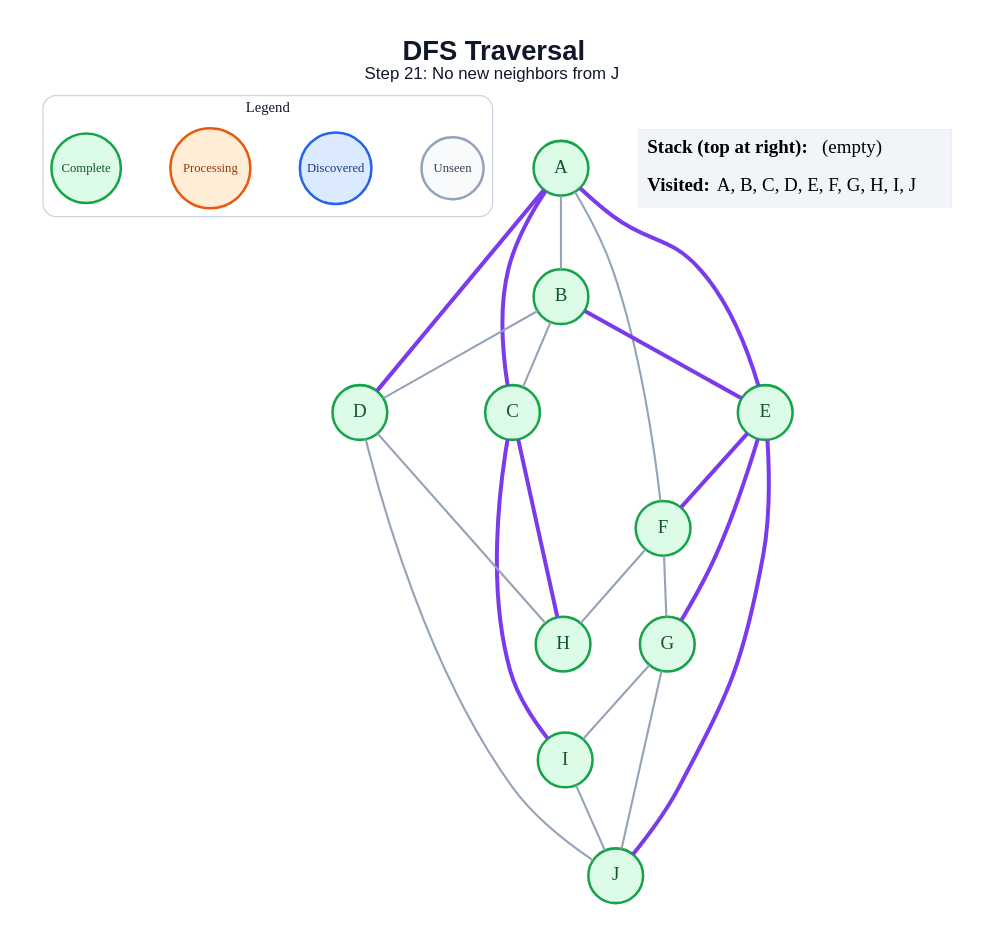
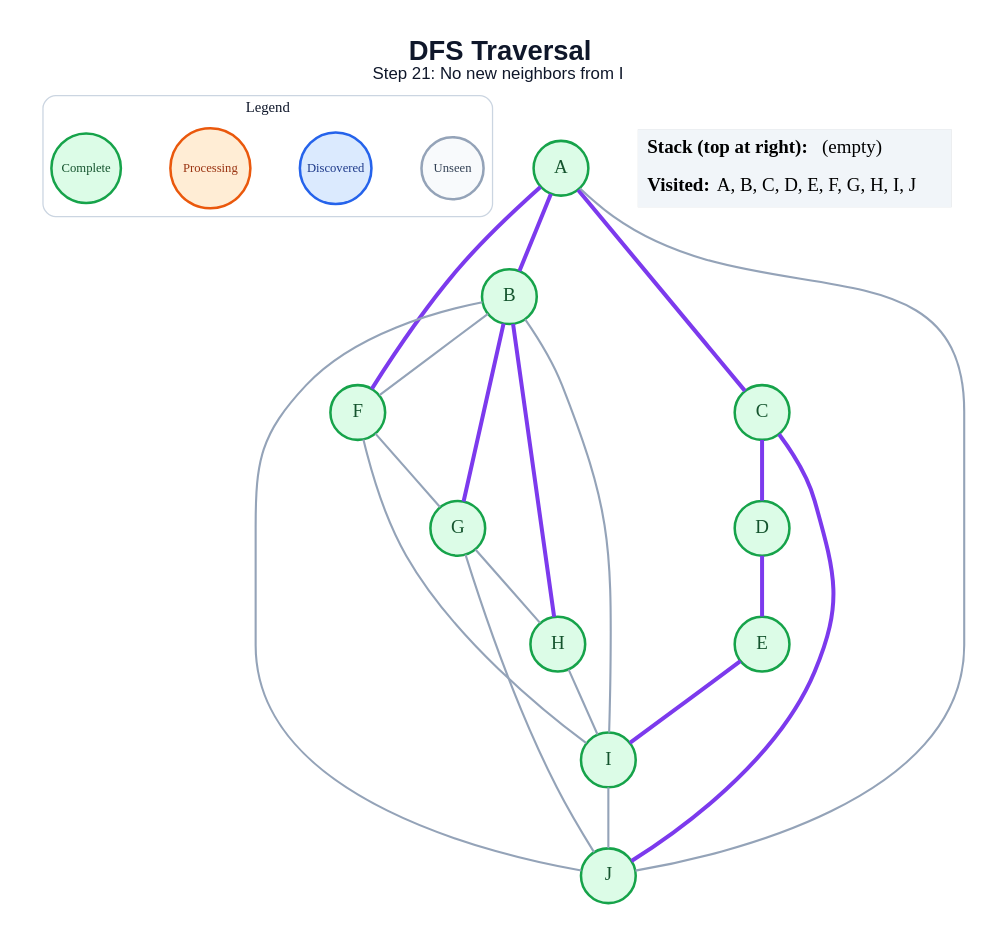
Before and after one commit to amanghodawala9/ai-slop: the diagram in generated/specific-node/dfs/step_21.dot, drawn with Graphviz. The commit also changed 178 other files, not shown here.

```diff
--- a/generated/specific-node/dfs/step_21.dot
+++ b/generated/specific-node/dfs/step_21.dot
@@ -1,49 +1,48 @@
 graph traversal {
   graph [layout=dot, rankdir=TB, bgcolor="#FFFFFF", pad="0.35", nodesep="0.65", ranksep="0.8", fontname="Arial"];
   node [shape=circle, style="filled", fontname="Arial Bold", fontsize=18, width=0.72, fixedsize=true, penwidth=2.4];
   edge [color="#94A3B8", penwidth=2.0];
-  label=<<B>DFS Traversal</B><BR/><FONT POINT-SIZE="16">Step 21: No new neighbors from J</FONT>>; labelloc="t"; fontsize=26; fontname="Arial"; fontcolor="#0F172A";
+  label=<<B>DFS Traversal</B><BR/><FONT POINT-SIZE="16">Step 21: No new neighbors from I</FONT>>; labelloc="t"; fontsize=26; fontname="Arial"; fontcolor="#0F172A";
   subgraph cluster_legend { label="Legend"; color="#CBD5E1"; penwidth=1.2; style="rounded"; fontsize=14; fontname="Arial Bold";
     key_unseen [label="Unseen", fillcolor="#F8FAFC", color="#94A3B8", fontcolor="#334155", fontsize=12, width=0.82];
     key_frontier [label="Discovered", fillcolor="#DBEAFE", color="#2563EB", fontcolor="#1E3A8A", fontsize=12, width=0.95];
     key_current [label="Processing", fillcolor="#FFEDD5", color="#EA580C", fontcolor="#9A3412", fontsize=12, width=1.05];
     key_done [label="Complete", fillcolor="#DCFCE7", color="#16A34A", fontcolor="#14532D", fontsize=12, width=0.92];
     { rank=same; key_unseen; key_frontier; key_current; key_done; }
   }
   A [fillcolor="#DCFCE7", color="#16A34A", fontcolor="#14532D"];
   B [fillcolor="#DCFCE7", color="#16A34A", fontcolor="#14532D"];
   C [fillcolor="#DCFCE7", color="#16A34A", fontcolor="#14532D"];
   D [fillcolor="#DCFCE7", color="#16A34A", fontcolor="#14532D"];
   E [fillcolor="#DCFCE7", color="#16A34A", fontcolor="#14532D"];
   F [fillcolor="#DCFCE7", color="#16A34A", fontcolor="#14532D"];
   G [fillcolor="#DCFCE7", color="#16A34A", fontcolor="#14532D"];
   H [fillcolor="#DCFCE7", color="#16A34A", fontcolor="#14532D"];
   I [fillcolor="#DCFCE7", color="#16A34A", fontcolor="#14532D"];
   J [fillcolor="#DCFCE7", color="#16A34A", fontcolor="#14532D"];
-  A -- B;
+  A -- B [color="#7C3AED", penwidth=3.8];
   A -- C [color="#7C3AED", penwidth=3.8];
-  A -- D [color="#7C3AED", penwidth=3.8];
-  A -- E [color="#7C3AED", penwidth=3.8];
-  A -- F;
-  B -- C;
-  B -- D;
-  B -- E [color="#7C3AED", penwidth=3.8];
-  C -- H [color="#7C3AED", penwidth=3.8];
-  C -- I [color="#7C3AED", penwidth=3.8];
-  D -- H;
-  D -- J;
-  E -- F [color="#7C3AED", penwidth=3.8];
-  E -- G [color="#7C3AED", penwidth=3.8];
-  E -- J [color="#7C3AED", penwidth=3.8];
+  A -- F [color="#7C3AED", penwidth=3.8];
+  A -- J;
+  B -- F;
+  B -- G [color="#7C3AED", penwidth=3.8];
+  B -- H [color="#7C3AED", penwidth=3.8];
+  B -- I;
+  B -- J;
+  C -- D [color="#7C3AED", penwidth=3.8];
+  C -- J [color="#7C3AED", penwidth=3.8];
+  D -- E [color="#7C3AED", penwidth=3.8];
+  E -- I [color="#7C3AED", penwidth=3.8];
   F -- G;
-  F -- H;
-  G -- I;
+  F -- I;
+  G -- H;
   G -- J;
+  H -- I;
   I -- J;
   status [shape=plain, fixedsize=false, width=0, height=0, margin=0, label=<
     <TABLE BORDER="0" CELLBORDER="0" CELLPADDING="7" BGCOLOR="#F1F5F9">
       <TR><TD ALIGN="LEFT"><B>Stack (top at right):</B> (empty)</TD></TR>
       <TR><TD ALIGN="LEFT"><B>Visited:</B> A, B, C, D, E, F, G, H, I, J</TD></TR>
     </TABLE>
   >];
 }
```
